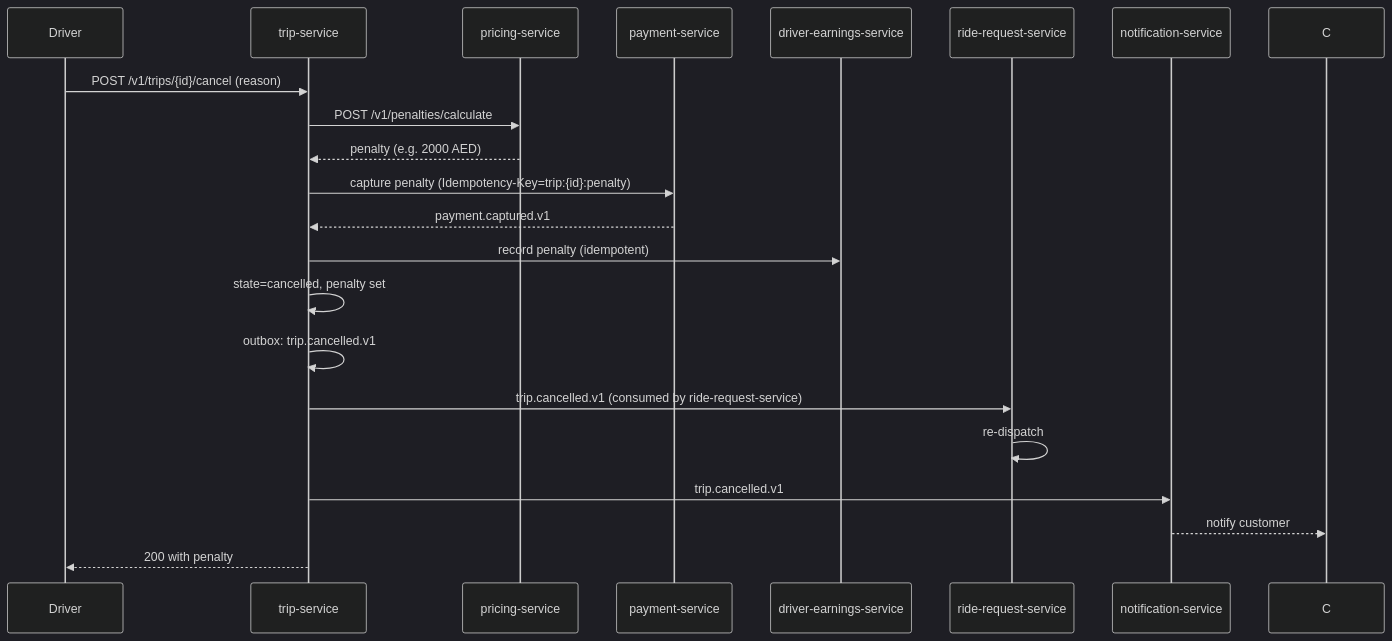
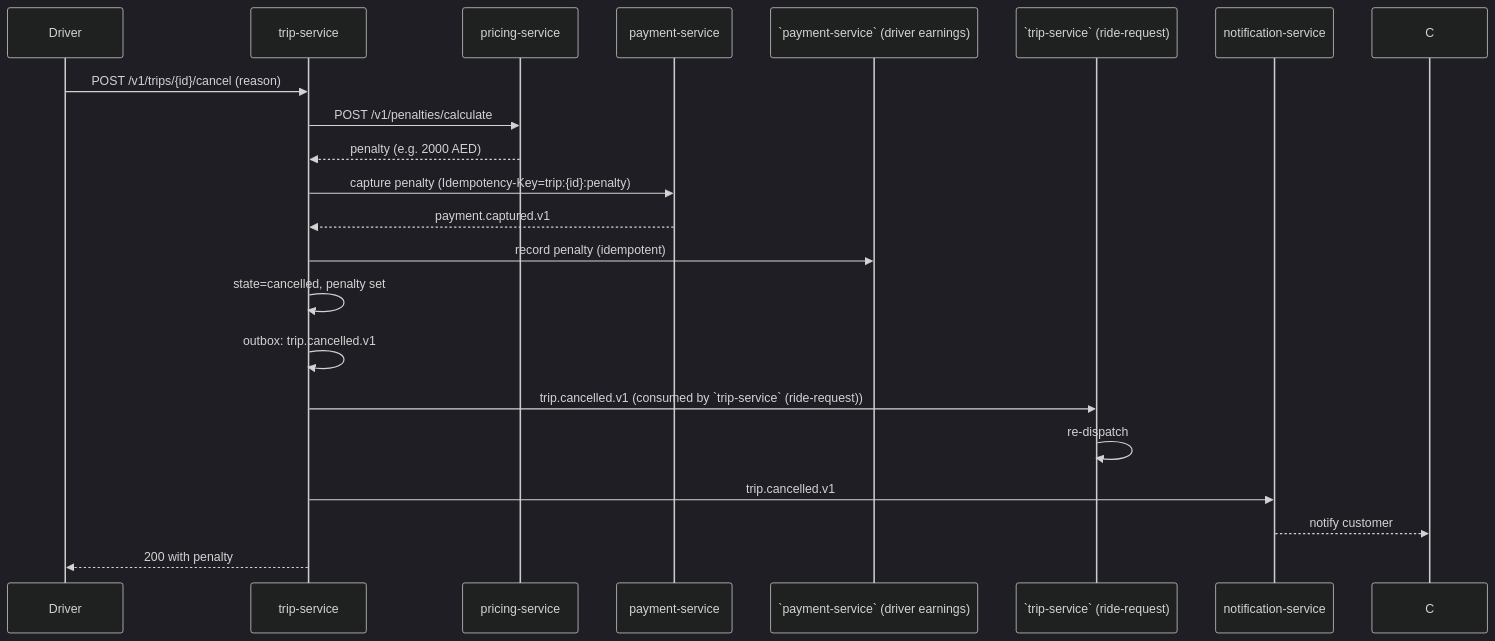
One commit to mohamedhabibwork/trips-enjoy-docs changed the fourth of 9 diagrams in docs/services/trip-service/WORKFLOWS.md. Above: the diagram before and after it, drawn with Mermaid (dark theme). The commit also changed other lines of this file and 525 other files, not shown here.

````diff
--- a/docs/services/trip-service/WORKFLOWS.md
+++ b/docs/services/trip-service/WORKFLOWS.md
@@ -307,24 +307,24 @@
 ```mermaid
 sequenceDiagram
     participant DR as Driver
     participant TS as trip-service
     participant PRC as pricing-service
     participant PAY as payment-service
-    participant DE as driver-earnings-service
-    participant RR as ride-request-service
+    participant DE as `payment-service` (driver earnings)
+    participant RR as `trip-service` (ride-request)
     participant NOT as notification-service
 
     DR->>TS: POST /v1/trips/{id}/cancel (reason)
     TS->>PRC: POST /v1/penalties/calculate
     PRC-->>TS: penalty (e.g. 2000 AED)
     TS->>PAY: capture penalty (Idempotency-Key=trip:{id}:penalty)
     PAY-->>TS: payment.captured.v1
     TS->>DE: record penalty (idempotent)
     TS->>TS: state=cancelled, penalty set
     TS->>TS: outbox: trip.cancelled.v1
-    TS->>RR: trip.cancelled.v1 (consumed by ride-request-service)
+    TS->>RR: trip.cancelled.v1 (consumed by `trip-service` (ride-request))
     RR->>RR: re-dispatch
     TS->>NOT: trip.cancelled.v1
     NOT-->>C: notify customer
     TS-->>DR: 200 with penalty
 ```
````
